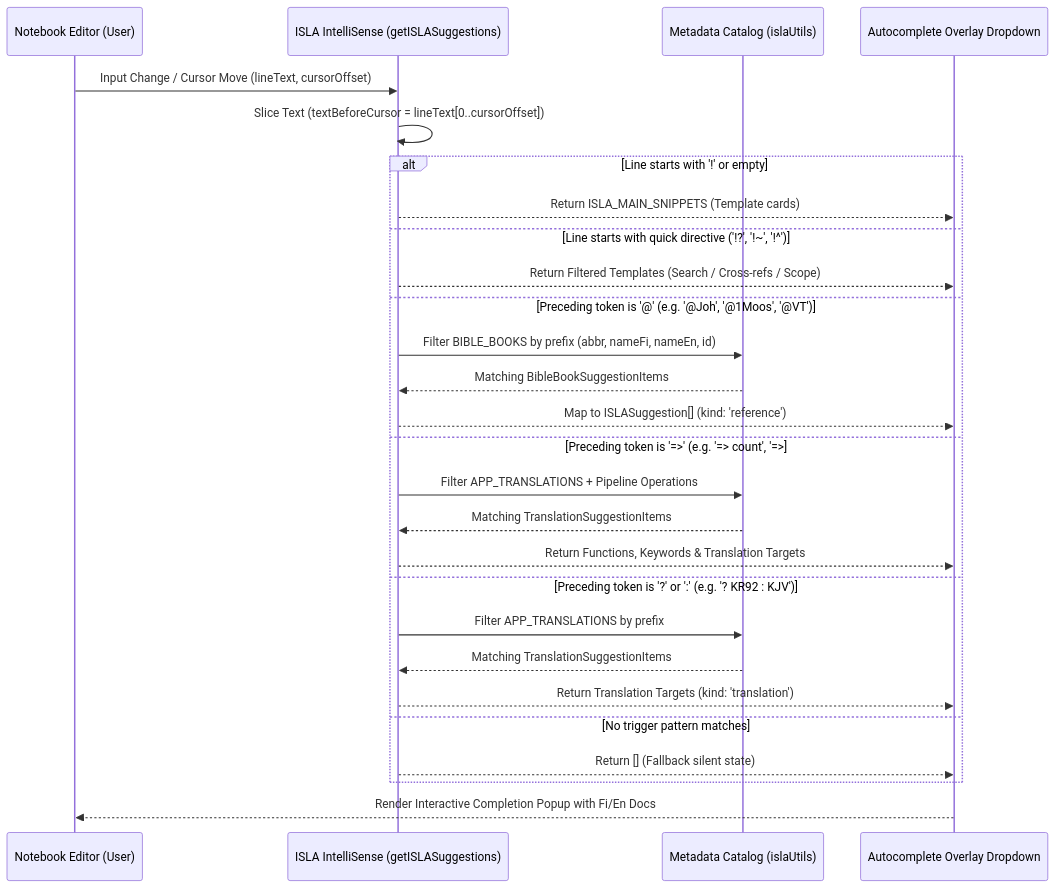
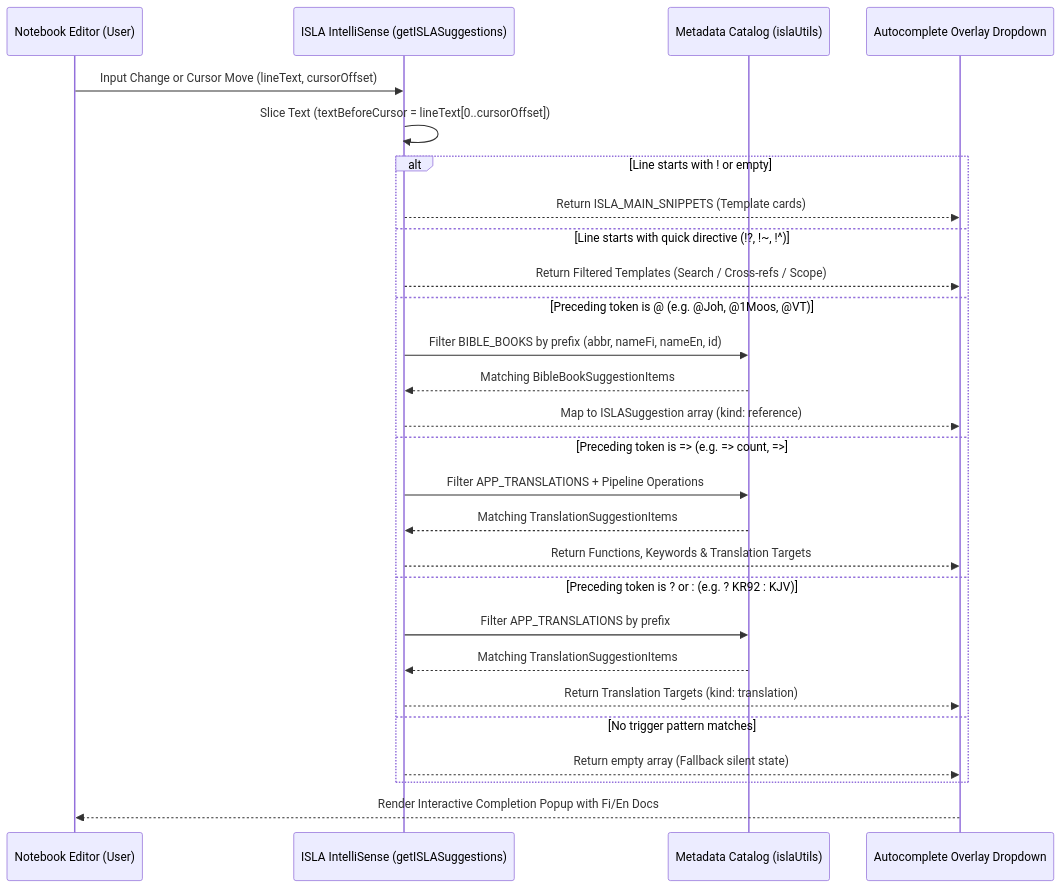
One commit to mvirtai/clible-v3-go changed the first of 2 diagrams in pr_stories/069-feat-isla-intellisense-and-autocompletion.md. Above: the diagram before and after it, drawn with Mermaid. The commit also changed other lines of this file and 1 other file, not shown here.

Commit message:
fix(build): remove deprecated baseUrl in tsconfig and fix mermaid pr syntax

````diff
--- a/pr_stories/069-feat-isla-intellisense-and-autocompletion.md
+++ b/pr_stories/069-feat-isla-intellisense-and-autocompletion.md
@@ -15,30 +15,30 @@
 ```mermaid
 sequenceDiagram
     participant User as Notebook Editor (User)
     participant Engine as ISLA IntelliSense (getISLASuggestions)
     participant Catalog as Metadata Catalog (islaUtils)
     participant UI as Autocomplete Overlay Dropdown
 
-    User->>Engine: Input Change / Cursor Move (lineText, cursorOffset)
+    User->>Engine: Input Change or Cursor Move (lineText, cursorOffset)
     Engine->>Engine: Slice Text (textBeforeCursor = lineText[0..cursorOffset])
-    alt Line starts with '!' or empty
+    alt Line starts with ! or empty
         Engine-->>UI: Return ISLA_MAIN_SNIPPETS (Template cards)
-    else Line starts with quick directive ('!?', '!~', '!^')
+    else Line starts with quick directive (!?, !~, !^)
         Engine-->>UI: Return Filtered Templates (Search / Cross-refs / Scope)
-    else Preceding token is '@' (e.g. '@Joh', '@1Moos', '@VT')
+    else Preceding token is @ (e.g. @Joh, @1Moos, @VT)
         Engine->>Catalog: Filter BIBLE_BOOKS by prefix (abbr, nameFi, nameEn, id)
         Catalog-->>Engine: Matching BibleBookSuggestionItems
-        Engine-->>UI: Map to ISLASuggestion[] (kind: 'reference')
-    else Preceding token is '=>' (e.g. '=> count', '=> #themes', '=> KR92')
+        Engine-->>UI: Map to ISLASuggestion array (kind: reference)
+    else Preceding token is => (e.g. => count, => #themes, => KR92)
         Engine->>Catalog: Filter APP_TRANSLATIONS + Pipeline Operations
         Catalog-->>Engine: Matching TranslationSuggestionItems
         Engine-->>UI: Return Functions, Keywords & Translation Targets
-    else Preceding token is '?' or ':' (e.g. '? KR92 : KJV')
+    else Preceding token is ? or : (e.g. ? KR92 : KJV)
         Engine->>Catalog: Filter APP_TRANSLATIONS by prefix
         Catalog-->>Engine: Matching TranslationSuggestionItems
-        Engine-->>UI: Return Translation Targets (kind: 'translation')
+        Engine-->>UI: Return Translation Targets (kind: translation)
     else No trigger pattern matches
-        Engine-->>UI: Return [] (Fallback silent state)
+        Engine-->>UI: Return empty array (Fallback silent state)
     end
     UI-->>User: Render Interactive Completion Popup with Fi/En Docs
 ```
````
